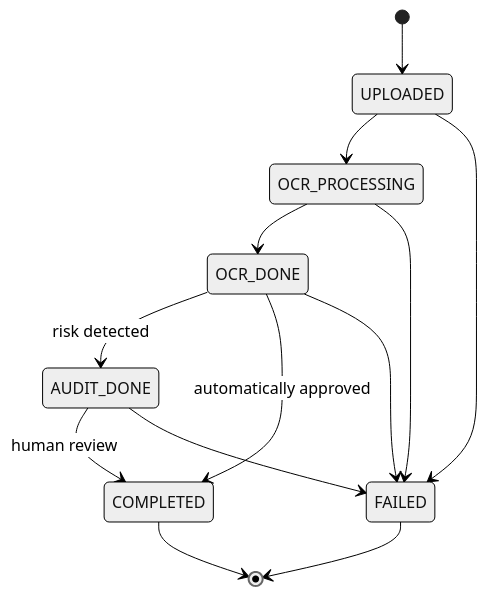
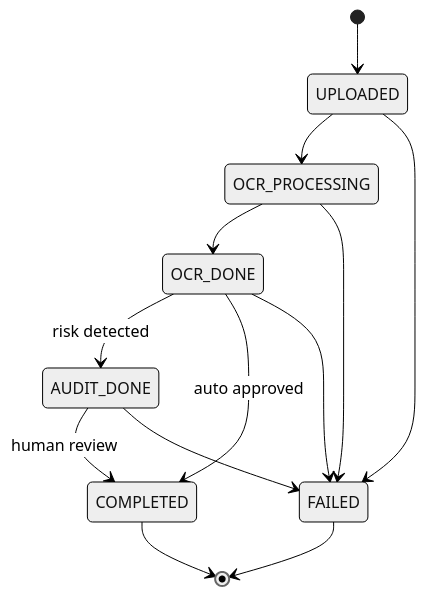
The third of 9 diagrams in README.md (Chuan1130/invoice-agent-system), drawn with Mermaid (neutral theme) before and after one commit. The commit also changed other lines of this file and 1 other file, not shown here.

````diff
--- a/README.md
+++ b/README.md
@@ -188,20 +188,20 @@
 ```mermaid
 stateDiagram-v2
     [*] --> UPLOADED
 
     UPLOADED --> OCR_PROCESSING
     UPLOADED --> FAILED
 
     OCR_PROCESSING --> OCR_DONE
     OCR_PROCESSING --> FAILED
 
     OCR_DONE --> AUDIT_DONE: risk detected
-    OCR_DONE --> COMPLETED: automatically approved
+    OCR_DONE --> COMPLETED: auto approved
     OCR_DONE --> FAILED
 
     AUDIT_DONE --> COMPLETED: human review
     AUDIT_DONE --> FAILED
 
     COMPLETED --> [*]
     FAILED --> [*]
 ```
````
